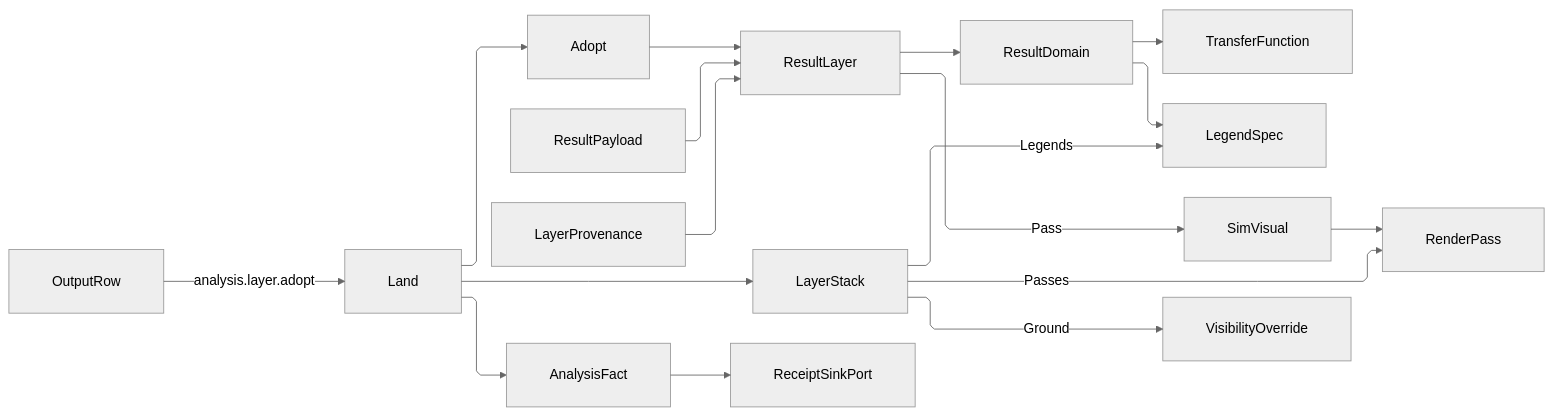
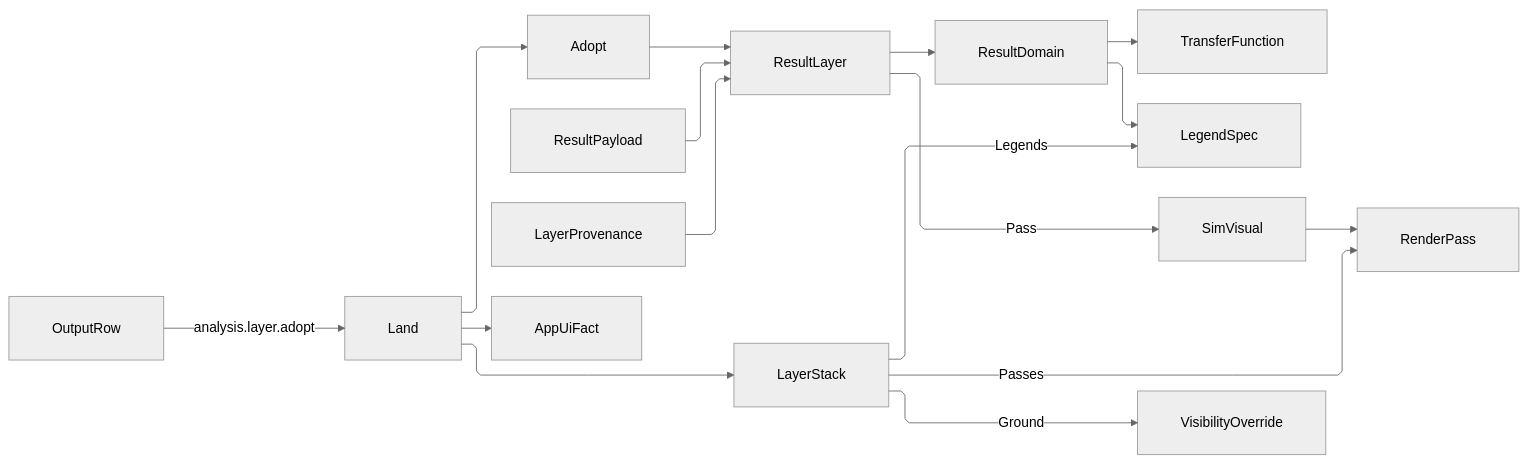
The diagram in libs/dotnet/Rasm.AppUi/.planning/Analysis/layers.md (bsamiee/Rasm), drawn with Mermaid (neutral theme) before and after one commit. The commit also changed other lines of this file and 1417 other files, not shown here.

````diff
--- a/libs/dotnet/Rasm.AppUi/.planning/Analysis/layers.md
+++ b/libs/dotnet/Rasm.AppUi/.planning/Analysis/layers.md
@@ -638,28 +612,27 @@
 ```mermaid
 ---
 config:
   layout: elk
   flowchart:
     curve: linear
     padding: 25
 ---
 flowchart LR
     accTitle: Sealed study output to mounted result layer
-    accDescr: The run queue raising the adoption verb over a sealed output row, the one landing fold reading the gated artifact and minting or re-running a result layer whose domain elects both its transfer function and its legend, the stack projecting ordered render passes beside one ground x-ray and one legend set, and the mount fact sealing onto the evidence sink.
+    accDescr: The run queue raising the adoption verb over a sealed output row, the one landing fold reading the gated artifact and minting or re-running a result layer whose domain elects both its transfer function and its legend, the stack projecting ordered render passes beside one ground x-ray and one legend set, and the settled mount firing its typed fact.
     OutputRow -->|analysis.layer.adopt| Land
     Land --> Adopt
     Adopt --> ResultLayer
     ResultPayload --> ResultLayer
     LayerProvenance --> ResultLayer
     ResultLayer --> ResultDomain
     ResultDomain --> TransferFunction
     ResultDomain --> LegendSpec
     ResultLayer -->|Pass| SimVisual
     SimVisual --> RenderPass
     Land --> LayerStack
-    Land --> AnalysisFact
-    AnalysisFact --> ReceiptSinkPort
+    Land --> AppUiFact
     LayerStack -->|Passes| RenderPass
     LayerStack -->|Legends| LegendSpec
     LayerStack -->|Ground| VisibilityOverride
 ```
````
